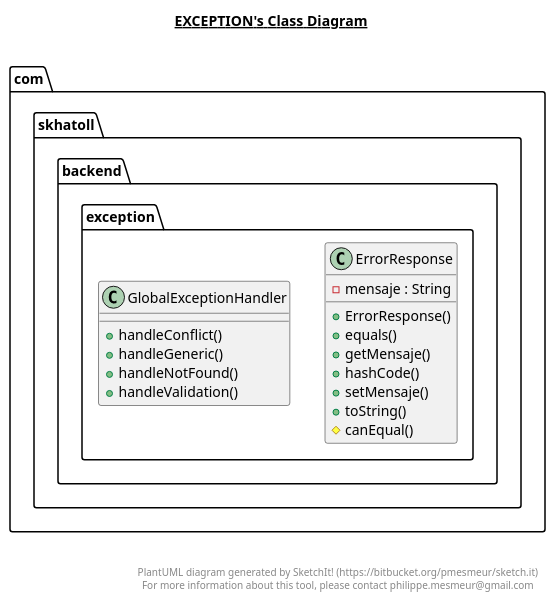
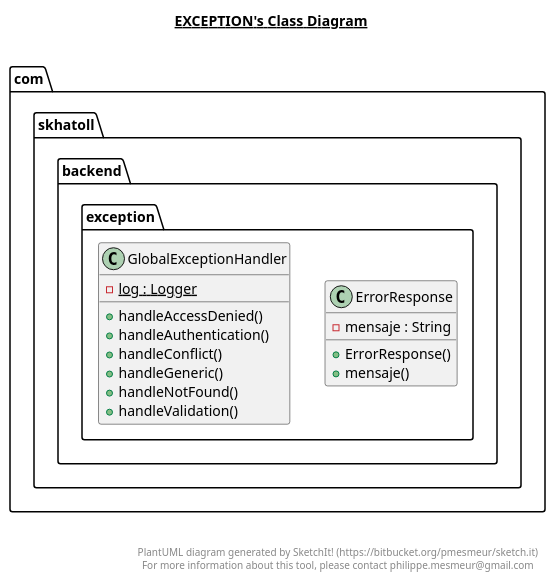
Before and after one commit to David-GutSal/Skhatoll: the diagram in backend/src/main/java/com/skhatoll/backend/exception/exception.plantuml, drawn with PlantUML. The commit also changed 18 other files, not shown here.

```diff
--- a/backend/src/main/java/com/skhatoll/backend/exception/exception.plantuml
+++ b/backend/src/main/java/com/skhatoll/backend/exception/exception.plantuml
@@ -1,42 +1,40 @@
 @startuml
 
 title __EXCEPTION's Class Diagram__\n
 
   namespace com.skhatoll.backend {
     namespace exception {
       class com.skhatoll.backend.exception.ErrorResponse {
           - mensaje : String
           + ErrorResponse()
-          + equals()
-          + getMensaje()
-          + hashCode()
-          + setMensaje()
-          + toString()
-          # canEqual()
+          + mensaje()
       }
     }
   }
   
 
   namespace com.skhatoll.backend {
     namespace exception {
       class com.skhatoll.backend.exception.GlobalExceptionHandler {
+          {static} - log : Logger
+          + handleAccessDenied()
+          + handleAuthentication()
           + handleConflict()
           + handleGeneric()
           + handleNotFound()
           + handleValidation()
       }
     }
   }
   
 
 
 
 right footer
 
 
 PlantUML diagram generated by SketchIt! (https://bitbucket.org/pmesmeur/sketch.it)
 For more information about this tool, please contact philippe.mesmeur@gmail.com
 endfooter
 
 @enduml
```
